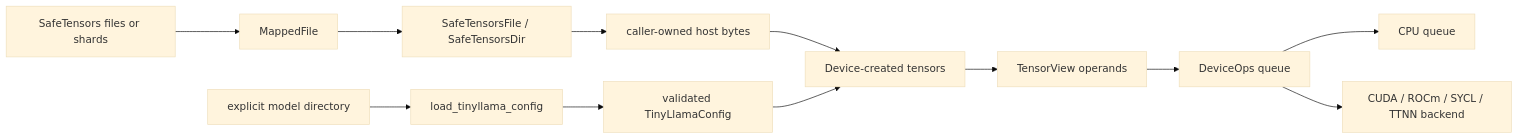
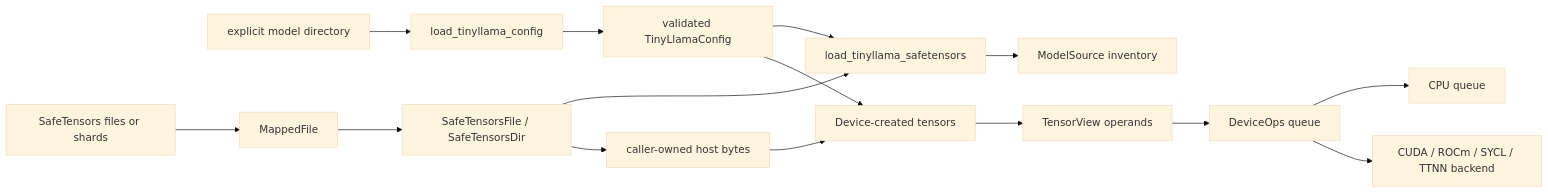
Before and after one commit to rlewczuk/iom: the diagram in docs/ARCHITECTURE.md, drawn with Mermaid (base theme). The commit also changed other lines of this file and 5 other files, not shown here.

````diff
--- a/docs/ARCHITECTURE.md
+++ b/docs/ARCHITECTURE.md
@@ -12,14 +12,17 @@
 ```mermaid
 flowchart LR
     directory[explicit model directory] --> config[load_tinyllama_config]
     config --> dimensions[validated TinyLlamaConfig]
     weights[SafeTensors files or shards] --> mapped[MappedFile]
     mapped --> store[SafeTensorsFile / SafeTensorsDir]
+    dimensions --> source[load_tinyllama_safetensors]
+    store --> source
+    source --> inventory[ModelSource inventory]
     store --> host[caller-owned host bytes]
     host --> tensor[Device-created tensors]
     dimensions --> tensor
     tensor --> view[TensorView operands]
     view --> queue[DeviceOps queue]
     queue --> cpu[CPU queue]
     queue --> accel[CUDA / ROCm / SYCL / TTNN backend]
 ```
````
